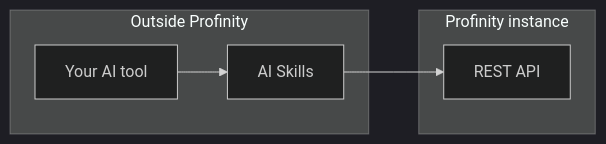
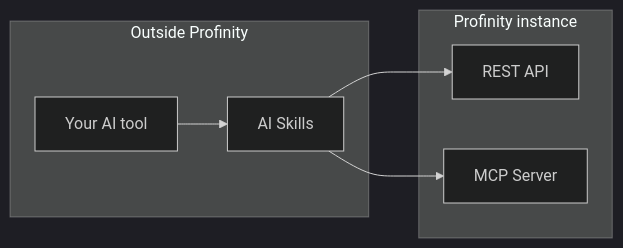
Before and after one commit to Prohelion/prohelion.github.io: the diagram in docs/Profinity_Software/Profinity_Version_2.3/Profinity_AI/AI_Skills.md, drawn with Mermaid (dark theme). The commit also changed other lines of this file and 1 other file, not shown here.

Commit message:
Link AI Skills to feature docs and reference built-in AI on Connect to AI guide

````diff
--- a/docs/Profinity_Software/Profinity_Version_2.3/Profinity_AI/AI_Skills.md
+++ b/docs/Profinity_Software/Profinity_Version_2.3/Profinity_AI/AI_Skills.md
@@ -25,10 +26,12 @@
 ```mermaid
 flowchart LR
     subgraph Outside["Outside Profinity"]
         Tool["Your AI tool"] --> Skills["AI Skills"]
     end
     subgraph Instance["Profinity instance"]
         API["REST API"]
+        MCP["MCP Server"]
     end
     Skills --> API
+    Skills --> MCP
 ```
````
